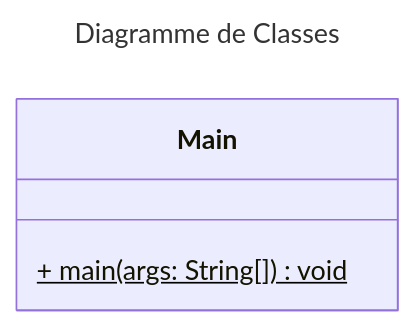
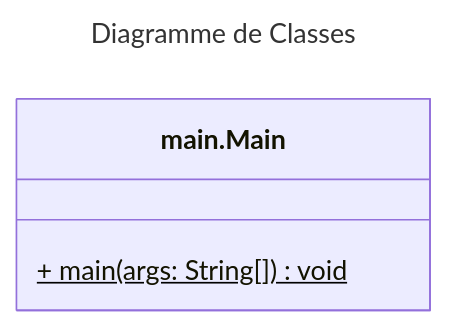
Before and after one commit to ECE-Lyon/ing3-2324-projet-java-t-immobilier: the diagram in README.md, drawn with Mermaid. The commit also changed 49 other files, not shown here.

````diff
--- a/README.md
+++ b/README.md
@@ -5,9 +5,9 @@
 ```mermaid
 ---
 title: Diagramme de Classes
 ---
 classDiagram
-    class Main {
+    class main.Main {
         + main(args: String[]) void$
     }
 ```
````
